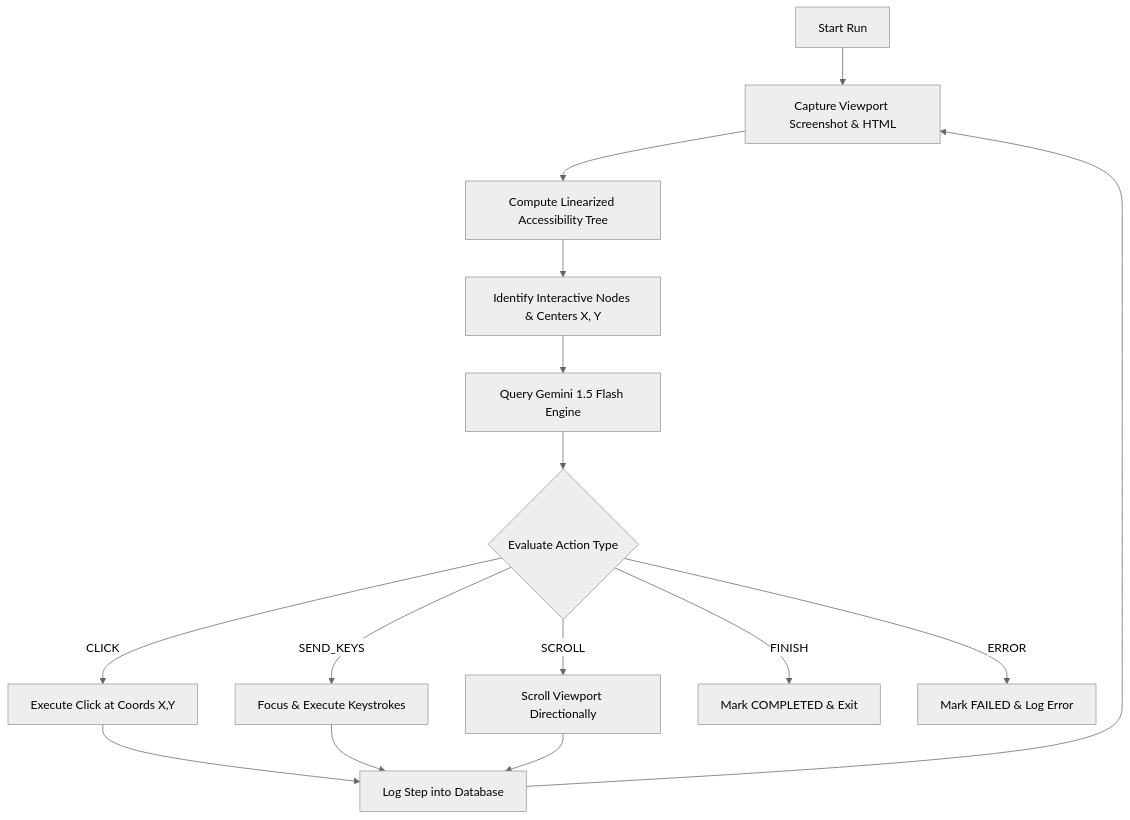
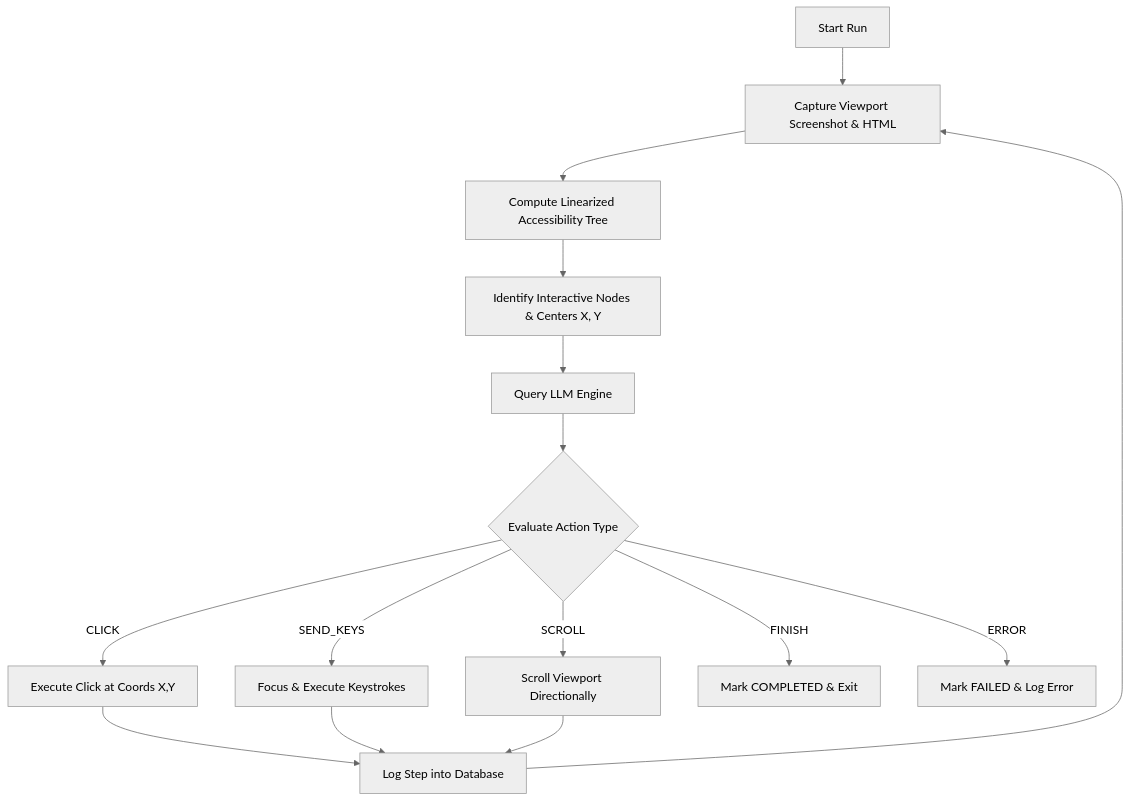
The diagram in docs/architecture.md (SameerKhans13/AgentBrowser), drawn with Mermaid (neutral theme) before and after one commit. The commit also changed other lines of this file and 4 other files, not shown here.

````diff
--- a/docs/architecture.md
+++ b/docs/architecture.md
@@ -5,17 +5,17 @@
 ```mermaid
 graph TD
     A[Start Run] --> B[Capture Viewport Screenshot & HTML]
     B --> C[Compute Linearized Accessibility Tree]
     C --> D[Identify Interactive Nodes & Centers X, Y]
-    D --> E[Query Gemini 1.5 Flash Engine]
+    D --> E[Query LLM Engine]
     E --> F{Evaluate Action Type}
     F -->|CLICK| G[Execute Click at Coords X,Y]
     F -->|SEND_KEYS| H[Focus & Execute Keystrokes]
     F -->|SCROLL| I[Scroll Viewport Directionally]
     F -->|FINISH| J[Mark COMPLETED & Exit]
     F -->|ERROR| K[Mark FAILED & Log Error]
     G --> L[Log Step into Database]
     H --> L
     I --> L
     L --> B
 ```
````
